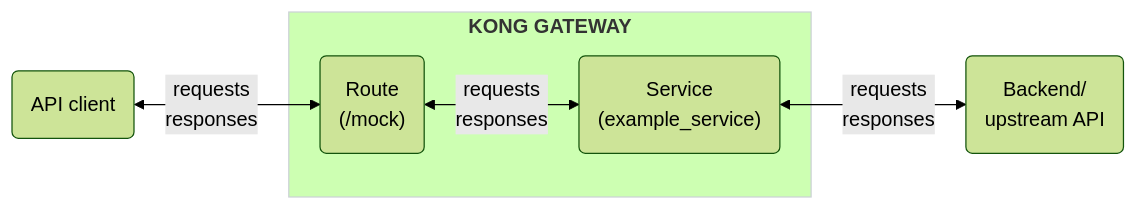
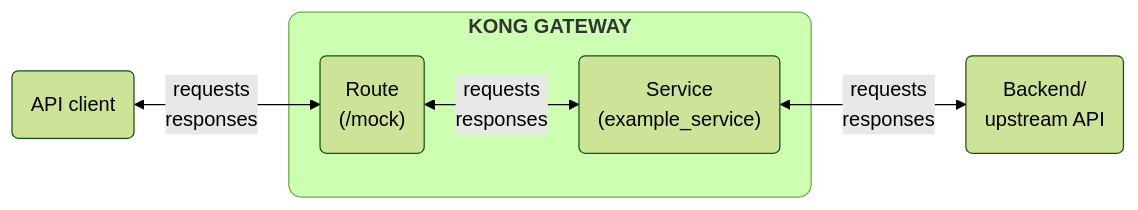
The diagram in app/_src/gateway/get-started/services-and-routes.md (Kong/docs.konghq.com), drawn with Mermaid (forest theme) before and after one commit. The commit also changed 3 other files, not shown here.

Commit message:
rework a few konnect diagrams;experiment with styling

```diff
--- a/app/_src/gateway/get-started/services-and-routes.md
+++ b/app/_src/gateway/get-started/services-and-routes.md
@@ -20,23 +20,23 @@
 {% mermaid %}
 flowchart LR
   A(API client)
   B("`Route 
   (/mock)`")
   C("`Service
   (example_service)`")
   D(Backend/
   upstream API)
   
   A <--requests
   responses--> B
   subgraph id1 ["`
   **KONG GATEWAY**`"]
     B <--requests
     responses--> C
   end
   C <--requests
   responses--> D
 
-  style id1 stroke:#CCD2D6
+  style id1 rx:10,ry:10
   
 {% endmermaid %}
```
